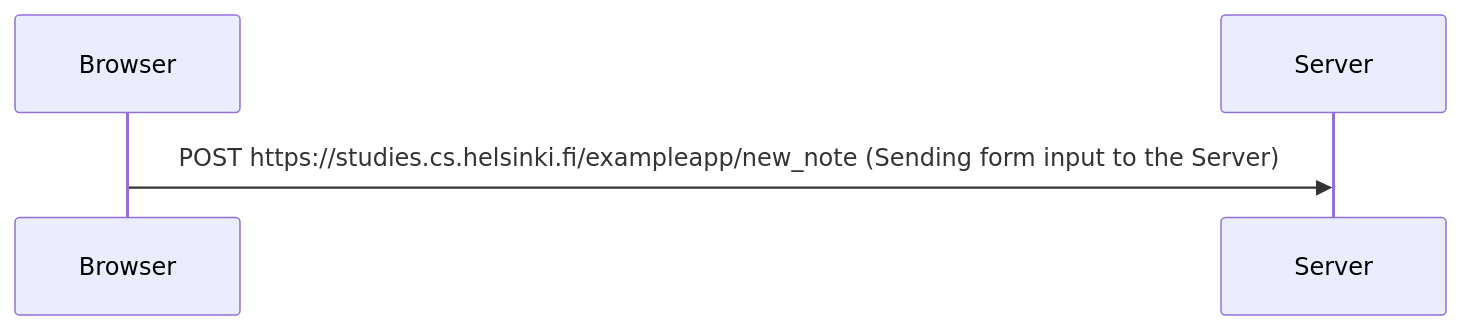
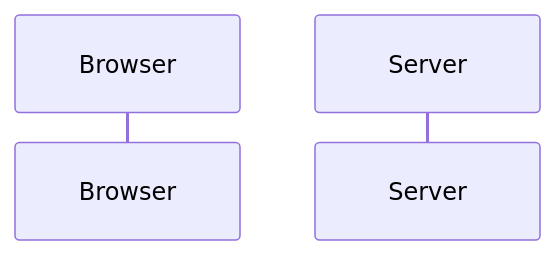
One commit to urmulu-riza/FullStackOpen-Part0 changed the diagram in nonSPA-NewNoteSeqDiagram.md. Above: the diagram before and after it, drawn with Mermaid.

````diff
--- a/nonSPA-NewNoteSeqDiagram.md
+++ b/nonSPA-NewNoteSeqDiagram.md
@@ -1,8 +1,5 @@
 ```mermaid
 sequenceDiagram
     participant b as Browser
     participant s as Server
-
-    b->>s: POST https://studies.cs.helsinki.fi/exampleapp/new_note (Sending form input to the Server)
-
 ```
````
